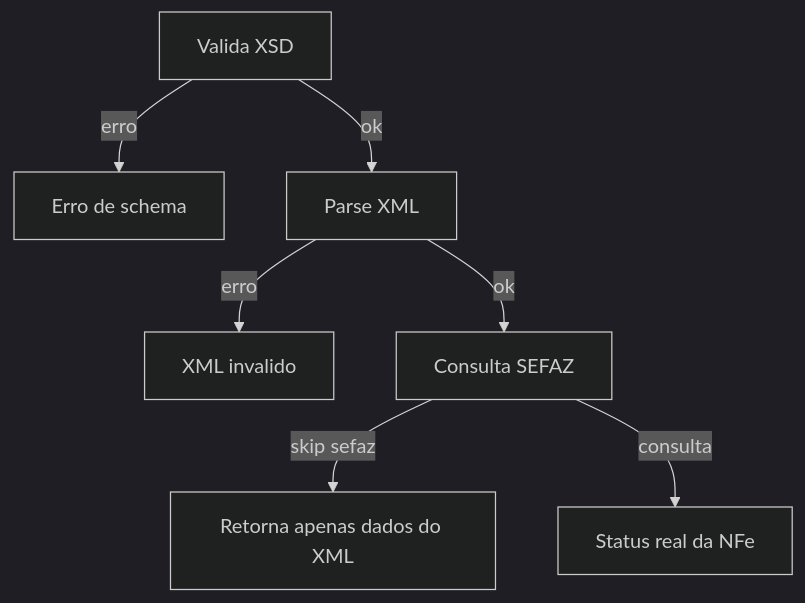
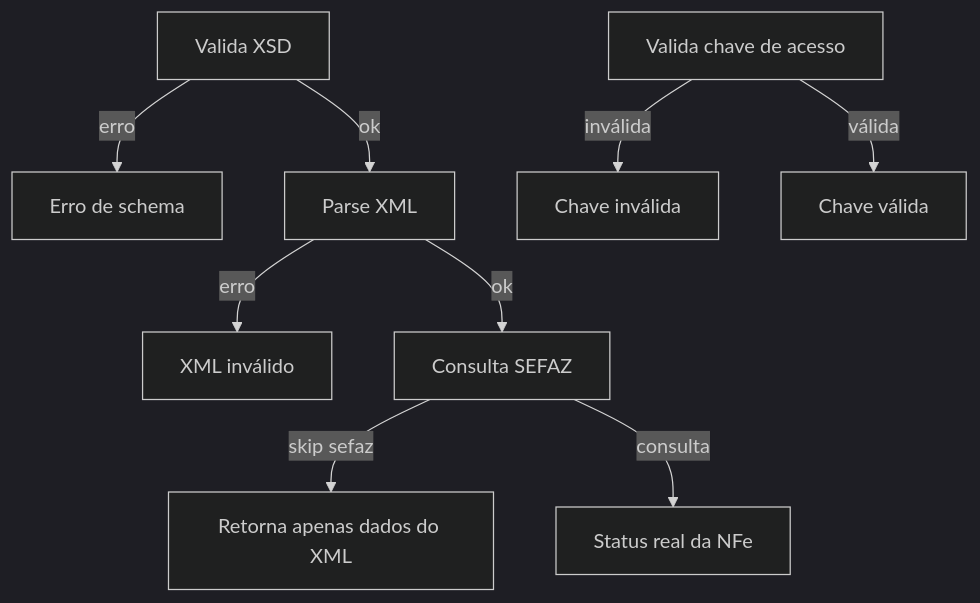
The diagram in README.md (fabyo/go-nfe-validator), drawn with Mermaid (dark theme) before and after one commit.

````diff
--- a/README.md
+++ b/README.md
@@ -143,17 +143,27 @@
 ```mermaid
 graph TD
+    %% Fluxo principal da NFe
     A[Valida XSD]
     B[Erro de schema]
     C[Parse XML]
-    D[XML invalido]
+    D[XML inválido]
     E[Consulta SEFAZ]
     F[Retorna apenas dados do XML]
     G[Status real da NFe]
 
     A -- erro --> B
     A -- ok --> C
     C -- erro --> D
     C -- ok --> E
     E -- "skip sefaz" --> F
     E -- consulta --> G
+
+    %% Fluxo separado: validação por chave de acesso
+    X[Valida chave de acesso]
+    Y[Chave inválida]
+    Z[Chave válida]
+
+    X -- inválida --> Y
+    X -- válida --> Z
+
 ```
````
